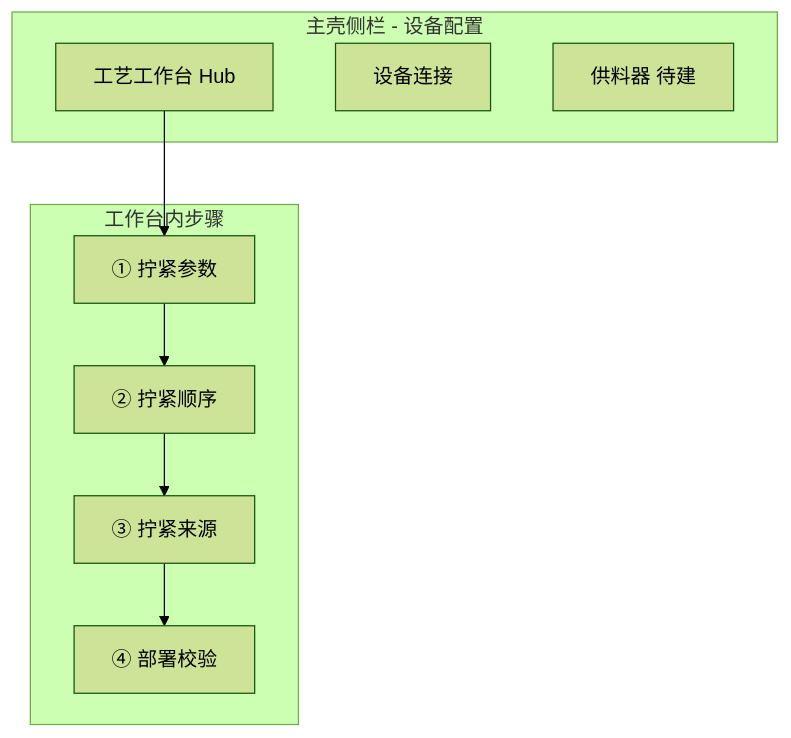
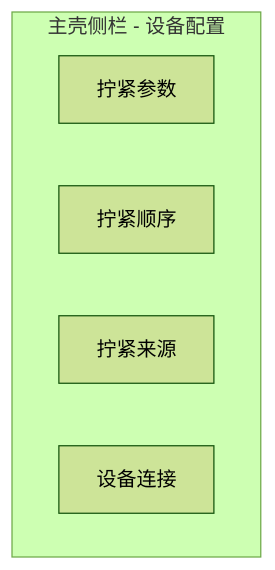
The first of 2 diagrams in doc/CONTROLLER_TIGHTENING_UI_WIREFRAME.md (JacobLiou/AutoScrew), drawn with Mermaid (forest theme) before and after one commit. The commit also changed other lines of this file and 44 other files, not shown here.

````diff
--- a/doc/CONTROLLER_TIGHTENING_UI_WIREFRAME.md
+++ b/doc/CONTROLLER_TIGHTENING_UI_WIREFRAME.md
@@ -58,15 +56,9 @@
 ```mermaid
 flowchart TB
   subgraph shell [主壳侧栏 - 设备配置]
-    WB[工艺工作台 Hub]
+    P[拧紧参数]
+    S[拧紧顺序]
+    Src[拧紧来源]
     DevConn[设备连接]
-    Feed[供料器 待建]
   end
-  subgraph wb_steps [工作台内步骤]
-    S1[① 拧紧参数]
-    S2[② 拧紧顺序]
-    S3[③ 拧紧来源]
-    S4[④ 部署校验]
-  end
-  WB --> S1 --> S2 --> S3 --> S4
 ```
````
